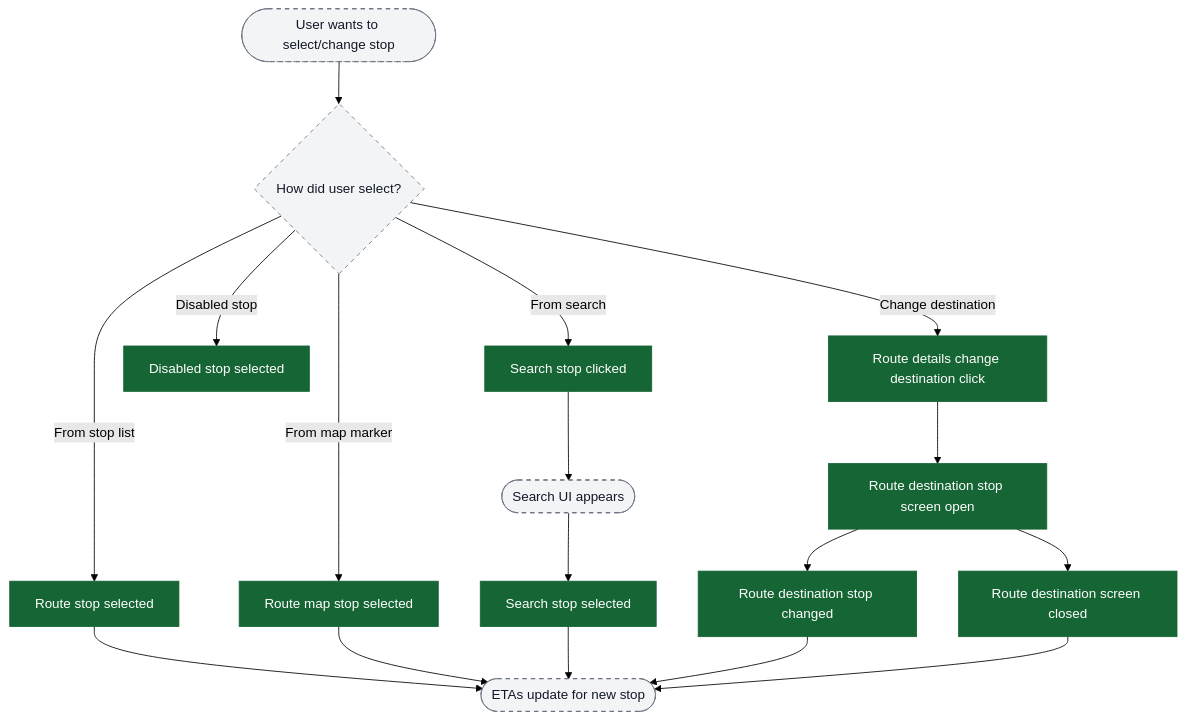
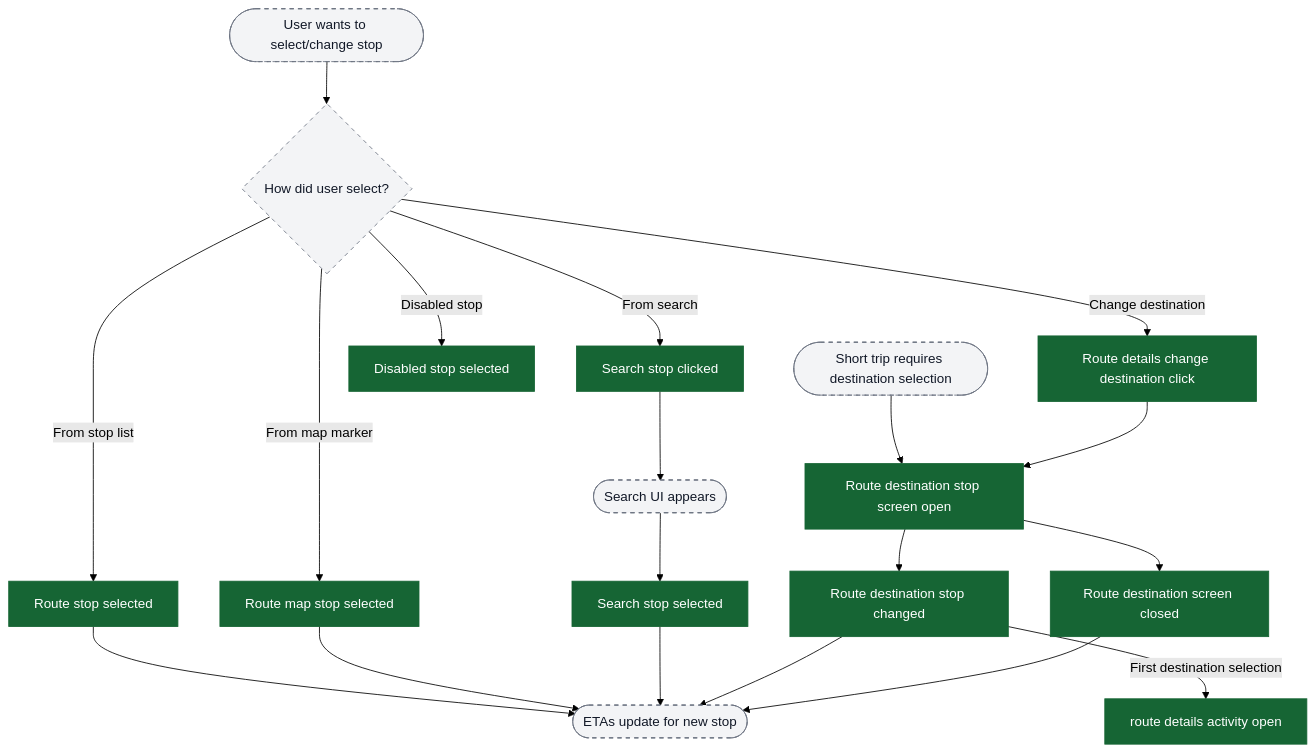
One commit to ratulsarna/chalo-app-dashboard changed the sixth of 10 diagrams in content/analytics/live-tracking/flow-diagrams.md. Above: the diagram before and after it, drawn with Mermaid (forest theme). The commit also changed other lines of this file and 1 other file, not shown here.

Commit message:
feat(analytics): update event descriptions and flow diagrams for live tracking, including new socket events and feedback properties

````diff
--- a/content/analytics/live-tracking/flow-diagrams.md
+++ b/content/analytics/live-tracking/flow-diagrams.md
@@ -147,31 +160,34 @@
 ```mermaid
 flowchart TD
+  %%chalo:diagram-link ev_routeDetailsOpen -> title:Route Details screen open & hooks
   ui_userWantsStop([User wants to select/change stop]) --> ui_selectionSource{How did user select?}
+  ui_initialDest([Short trip requires destination selection]) --> ev_destScreenOpen
 
   ui_selectionSource -->|From stop list| ev_routeStopSelected["Route stop selected"]
   ui_selectionSource -->|From map marker| ev_mapStopSelected["Route map stop selected"]
   ui_selectionSource -->|From search| ev_searchStopClick["Search stop clicked"]
 
   ev_searchStopClick --> ui_searchStopUI([Search UI appears])
   ui_searchStopUI --> ev_searchStopSelected["Search stop selected"]
 
   ev_routeStopSelected --> ui_etaUpdate([ETAs update for new stop])
   ev_mapStopSelected --> ui_etaUpdate
   ev_searchStopSelected --> ui_etaUpdate
 
   ui_selectionSource -->|Disabled stop| ev_disabledStop["Disabled stop selected"]
 
   ui_selectionSource -->|Change destination| ev_changeDestClick["Route details change destination click"]
   ev_changeDestClick --> ev_destScreenOpen["Route destination stop screen open"]
   ev_destScreenOpen --> ev_destChanged["Route destination stop changed"]
   ev_destScreenOpen --> ev_destClosed["Route destination screen closed"]
 
+  ev_destChanged -->|First destination selection| ev_routeDetailsOpen["route details activity open"]
   ev_destChanged --> ui_etaUpdate
   ev_destClosed --> ui_etaUpdate
 
   classDef event fill:#166534,stroke:#166534,color:#ffffff;
   classDef ui fill:#f3f4f6,stroke:#6b7280,stroke-dasharray: 5 5,color:#111827;
 
-  class ev_routeStopSelected,ev_mapStopSelected,ev_searchStopClick,ev_searchStopSelected,ev_disabledStop,ev_changeDestClick,ev_destScreenOpen,ev_destChanged,ev_destClosed event;
-  class ui_userWantsStop,ui_selectionSource,ui_searchStopUI,ui_etaUpdate ui;
+  class ev_routeStopSelected,ev_mapStopSelected,ev_searchStopClick,ev_searchStopSelected,ev_disabledStop,ev_changeDestClick,ev_destScreenOpen,ev_destChanged,ev_destClosed,ev_routeDetailsOpen event;
+  class ui_userWantsStop,ui_selectionSource,ui_searchStopUI,ui_etaUpdate,ui_initialDest ui;
 ```
````
